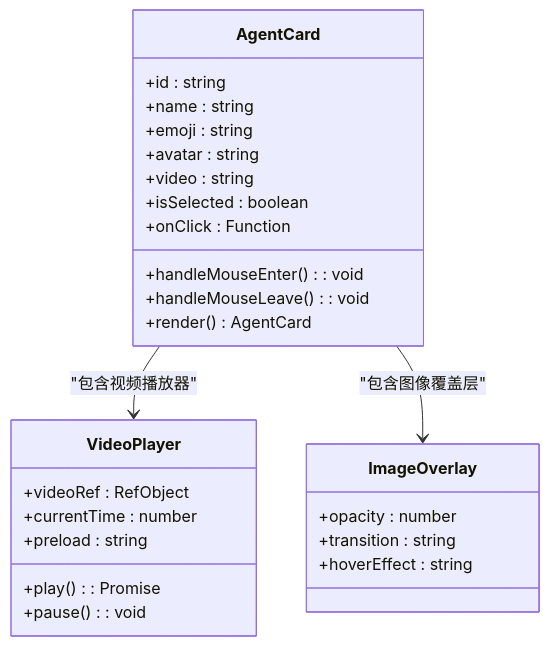
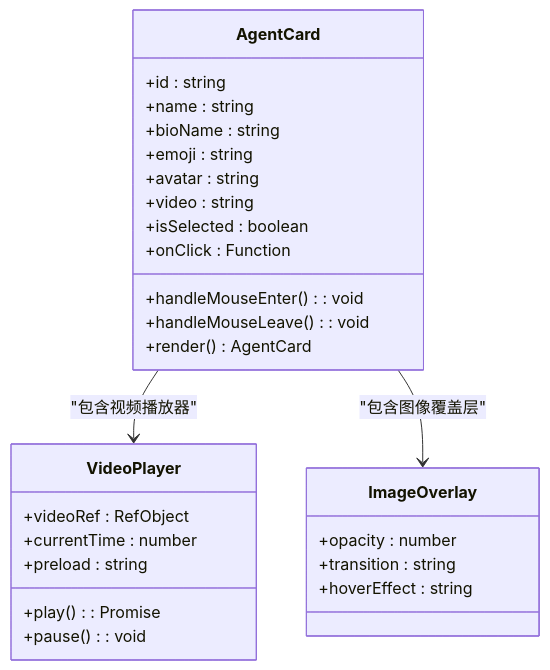
One commit to verse-ai-org/openclaw changed diagram 22 of 33 in .qoder/repowiki/zh/content/代理管理系统/代理管理系统.md. Above: the diagram before and after it, drawn with Mermaid. The commit also changed other lines of this file and 17 other files, not shown here.

````diff
--- a/.qoder/repowiki/zh/content/代理管理系统/代理管理系统.md
+++ b/.qoder/repowiki/zh/content/代理管理系统/代理管理系统.md
@@ -625,29 +734,30 @@
 ```mermaid
 classDiagram
 class AgentCard {
 +id : string
 +name : string
++bioName : string
 +emoji : string
 +avatar : string
 +video : string
 +isSelected : boolean
 +onClick : Function
 +handleMouseEnter() : void
 +handleMouseLeave() : void
 +render() AgentCard
 }
 class VideoPlayer {
 +videoRef : RefObject
 +currentTime : number
 +play() : Promise<void>
 +pause() : void
 +preload : string
 }
 class ImageOverlay {
 +opacity : number
 +transition : string
 +hoverEffect : string
 }
 AgentCard --> VideoPlayer : "包含视频播放器"
 AgentCard --> ImageOverlay : "包含图像覆盖层"
 ```
````
